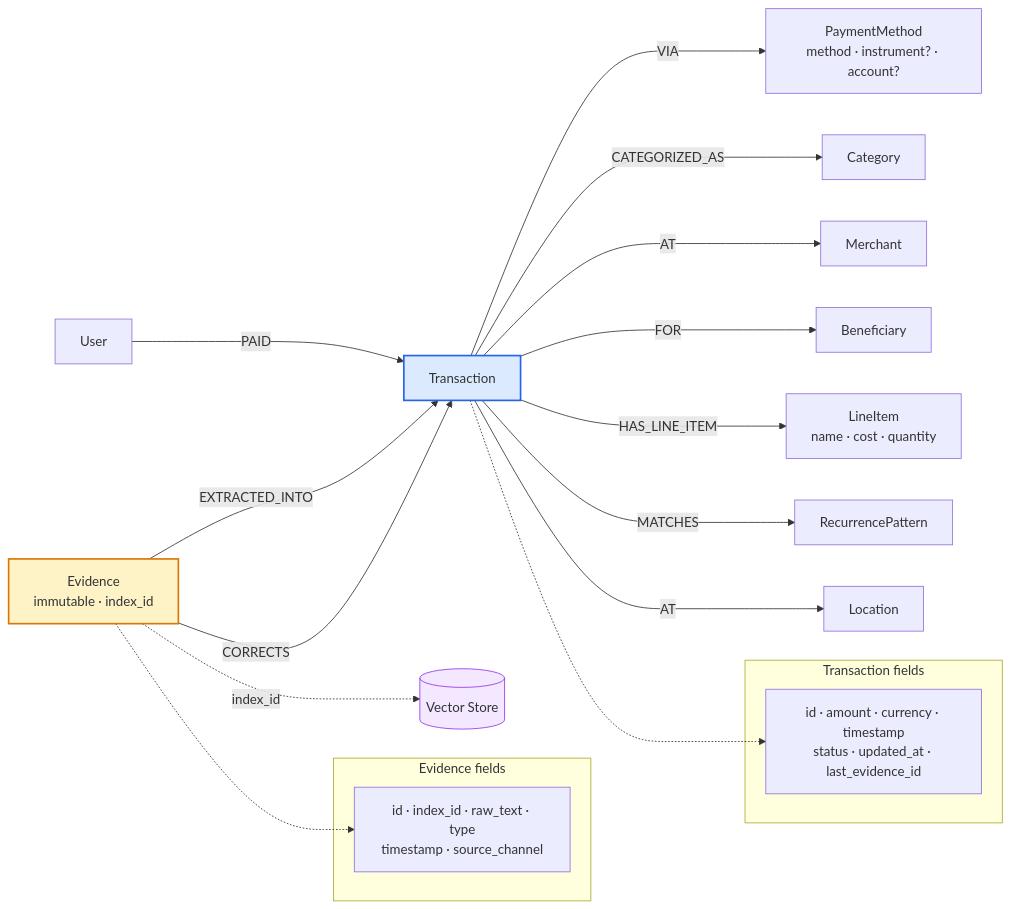
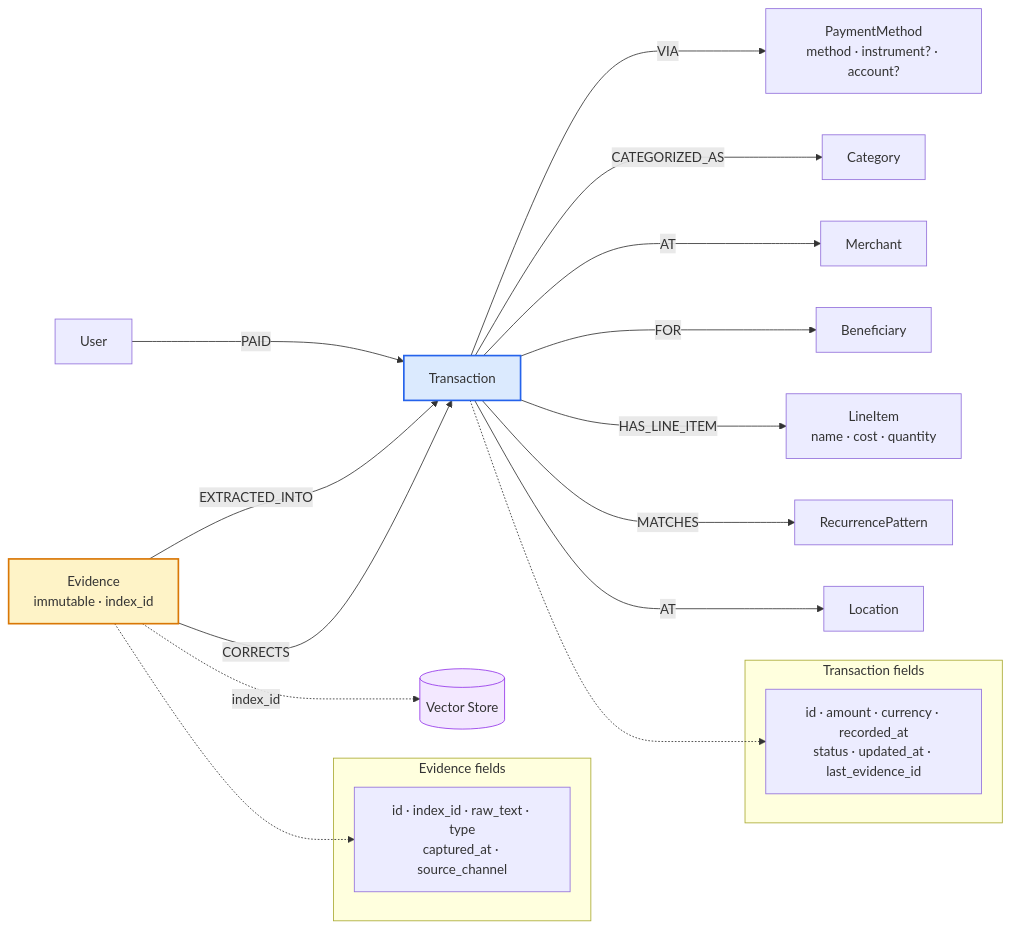
Before and after one commit to Ironman151022/IntelligentMoneyTracker: the diagram in docs/ontology.mermaid, drawn with Mermaid. The commit also changed 5 other files, not shown here.

```diff
--- a/docs/ontology.mermaid
+++ b/docs/ontology.mermaid
@@ -1,28 +1,28 @@
 flowchart LR
     User[User] -->|PAID| Transaction[Transaction]
 
     Transaction -->|VIA| PaymentMethod["PaymentMethod<br/>method · instrument? · account?"]
     Transaction -->|CATEGORIZED_AS| Category[Category]
     Transaction -->|AT| Merchant[Merchant]
     Transaction -->|FOR| Beneficiary[Beneficiary]
     Transaction -->|HAS_LINE_ITEM| LineItem["LineItem<br/>name · cost · quantity"]
     Transaction -->|MATCHES| RecurrencePattern[RecurrencePattern]
     Transaction -->|AT| Location[Location]
 
     Evidence[Evidence<br/>immutable · index_id] -->|EXTRACTED_INTO| Transaction
     Evidence -->|CORRECTS| Transaction
     Evidence -.->|index_id| VectorStore[(Vector Store)]
 
     subgraph TransactionFields["Transaction fields"]
-        TransactionMetadata["id · amount · currency · timestamp<br/>status · updated_at · last_evidence_id"]
+        TransactionMetadata["id · amount · currency · recorded_at<br/>status · updated_at · last_evidence_id"]
     end
     Transaction -.-> TransactionMetadata
 
     subgraph EvidenceFields["Evidence fields"]
-        EvidenceMetadata["id · index_id · raw_text · type<br/>timestamp · source_channel"]
+        EvidenceMetadata["id · index_id · raw_text · type<br/>captured_at · source_channel"]
     end
     Evidence -.-> EvidenceMetadata
 
     style Transaction fill:#dbeafe,stroke:#2563eb,stroke-width:2px
     style Evidence fill:#fef3c7,stroke:#d97706,stroke-width:2px
     style VectorStore fill:#f3e8ff,stroke:#9333ea
```
